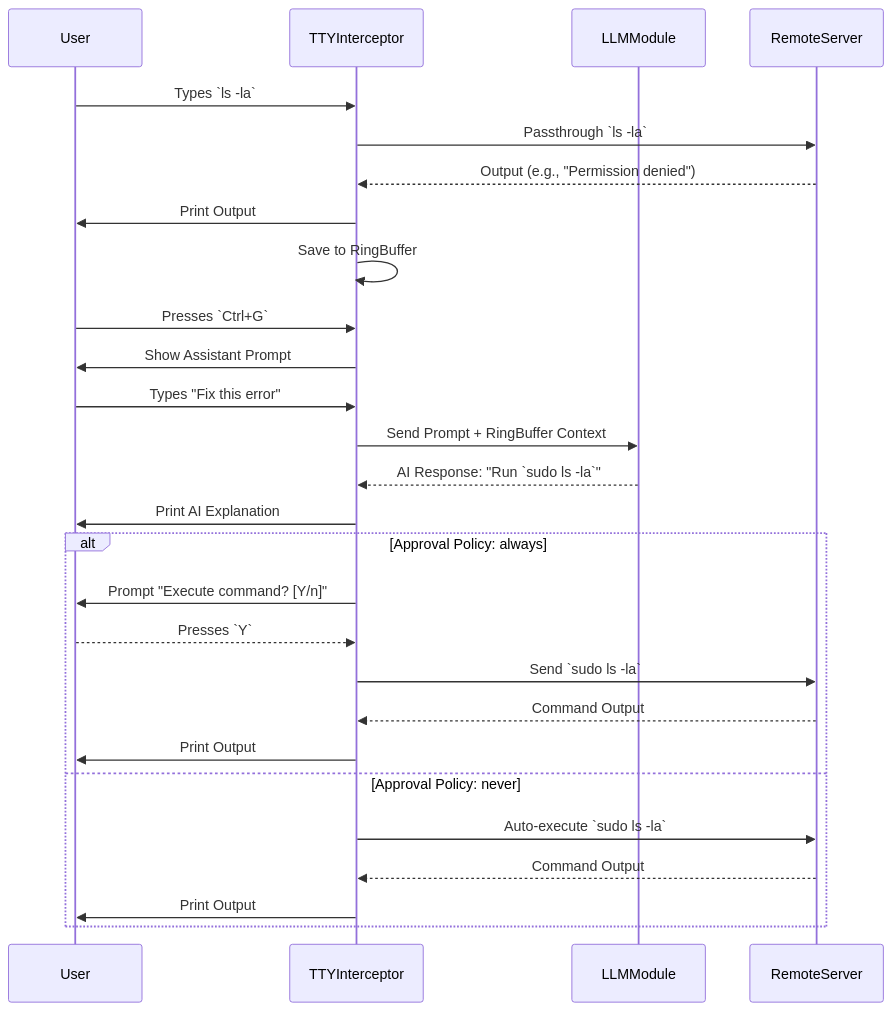
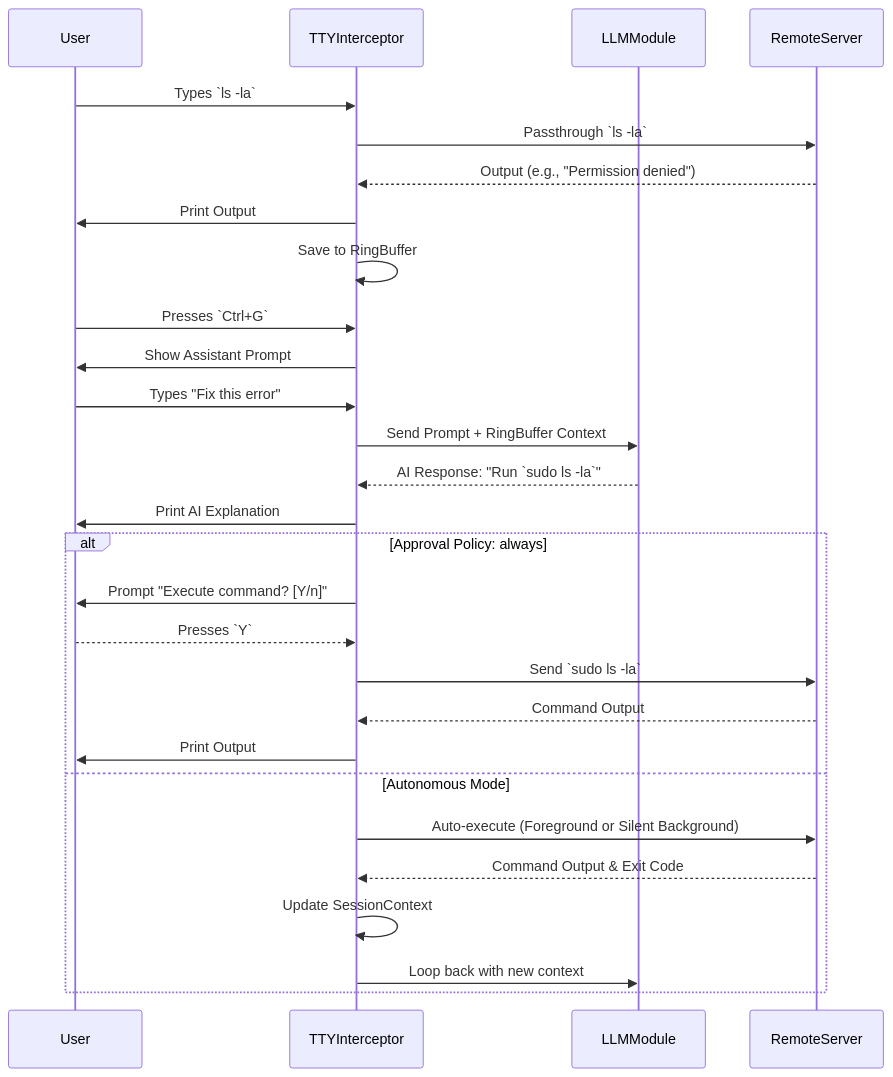
One commit to zxpbenson/orange changed the third of 3 diagrams in doc/architecture.md. Above: the diagram before and after it, drawn with Mermaid. The commit also changed other lines of this file and 15 other files, not shown here.

````diff
--- a/doc/architecture.md
+++ b/doc/architecture.md
@@ -147,34 +152,35 @@
 ```mermaid
 sequenceDiagram
     participant User
     participant TTYInterceptor
     participant LLMModule
     participant RemoteServer
 
     User->>TTYInterceptor: Types `ls -la`
     TTYInterceptor->>RemoteServer: Passthrough `ls -la`
     RemoteServer-->>TTYInterceptor: Output (e.g., "Permission denied")
     TTYInterceptor->>User: Print Output
     TTYInterceptor->>TTYInterceptor: Save to RingBuffer
 
     User->>TTYInterceptor: Presses `Ctrl+G`
     TTYInterceptor->>User: Show Assistant Prompt
     User->>TTYInterceptor: Types "Fix this error"
     
     TTYInterceptor->>LLMModule: Send Prompt + RingBuffer Context
     LLMModule-->>TTYInterceptor: AI Response: "Run `sudo ls -la`"
     
     TTYInterceptor->>User: Print AI Explanation
     
     alt Approval Policy: always
         TTYInterceptor->>User: Prompt "Execute command? [Y/n]"
         User-->>TTYInterceptor: Presses `Y`
         TTYInterceptor->>RemoteServer: Send `sudo ls -la`
         RemoteServer-->>TTYInterceptor: Command Output
         TTYInterceptor->>User: Print Output
-    else Approval Policy: never
-        TTYInterceptor->>RemoteServer: Auto-execute `sudo ls -la`
-        RemoteServer-->>TTYInterceptor: Command Output
-        TTYInterceptor->>User: Print Output
+    else Autonomous Mode
+        TTYInterceptor->>RemoteServer: Auto-execute (Foreground or Silent Background)
+        RemoteServer-->>TTYInterceptor: Command Output & Exit Code
+        TTYInterceptor->>TTYInterceptor: Update SessionContext
+        TTYInterceptor->>LLMModule: Loop back with new context
     end
 ```
````
